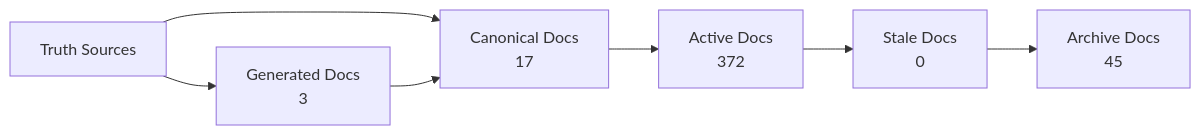
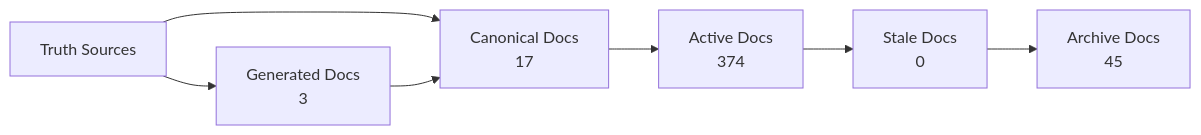
The diagram in docs/_generated/docs-trust-map.md (Latimer-Woods-Tech/Factory), drawn with Mermaid before and after one commit. The commit also changed other lines of this file and 8 other files, not shown here.

````diff
--- a/docs/_generated/docs-trust-map.md
+++ b/docs/_generated/docs-trust-map.md
@@ -20,14 +20,14 @@
 ```mermaid
 flowchart LR
   truth["Truth Sources"] --> canonical["Canonical Docs"]
   canonical --> active["Active Docs"]
   active --> stale["Stale Docs"]
   stale --> archive["Archive Docs"]
   canonical["Canonical Docs\n17"]
-  active["Active Docs\n372"]
+  active["Active Docs\n374"]
   stale["Stale Docs\n0"]
   archive["Archive Docs\n45"]
   generated["Generated Docs\n3"]
   truth --> generated
   generated --> canonical
 ```
````
